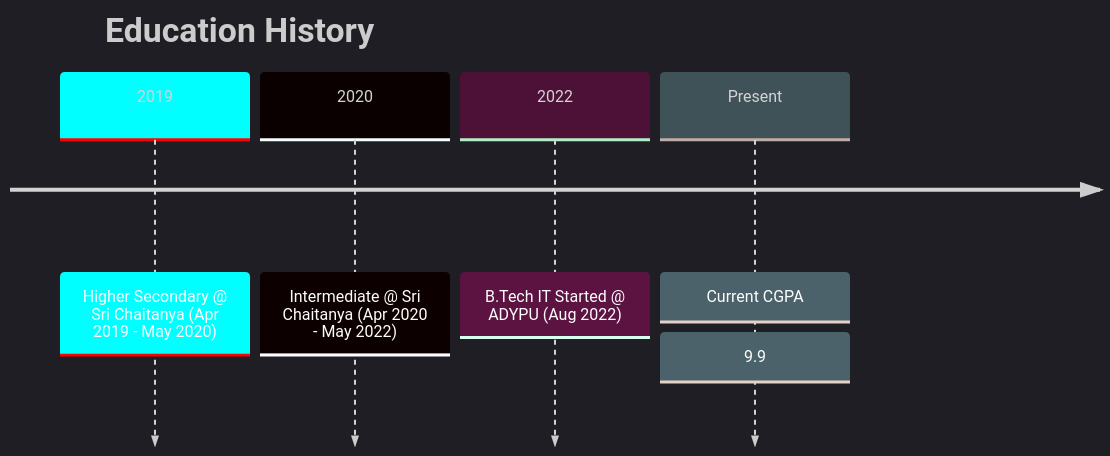
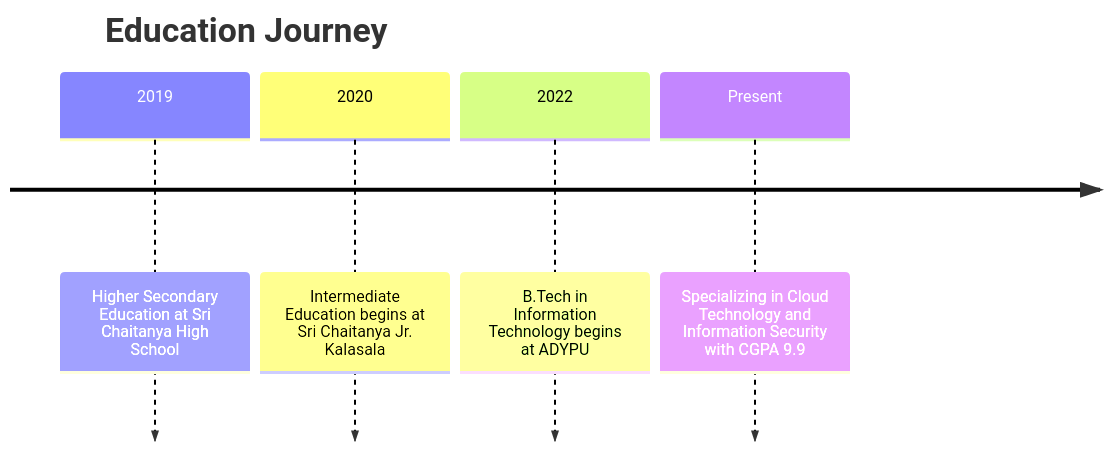
Before and after one commit to PriyanshuKSharma/PriyanshuKSharma: the second of 5 diagrams in README.md, drawn with Mermaid. The commit also changed other lines of this file, not shown here.

````diff
--- a/README.md
+++ b/README.md
@@ -230,13 +155,8 @@
 ```mermaid
 timeline
-    %%{init: { 'theme': 'dark', 'themeVariables': { 'primaryColor': '#00ffff', 'primaryTextColor': '#fff', 'secondaryColor': '#ff00ff', 'secondaryTextColor': '#fff', 'tertiaryColor': '#00ff88', 'tertiaryTextColor': '#000', 'timeLineColor': '#fff' } } }%%
-    title Education History
-    2019
-        : Higher Secondary @ Sri Chaitanya (Apr 2019 - May 2020)
-    2020
-        : Intermediate @ Sri Chaitanya (Apr 2020 - May 2022)
-    2022
-        : B.Tech IT Started @ ADYPU (Aug 2022)
-    Present
-        : Current CGPA: 9.9
+    title Education Journey
+    2019 : Higher Secondary Education at Sri Chaitanya High School
+    2020 : Intermediate Education begins at Sri Chaitanya Jr. Kalasala
+    2022 : B.Tech in Information Technology begins at ADYPU
+    Present : Specializing in Cloud Technology and Information Security with CGPA 9.9
 ```
````
